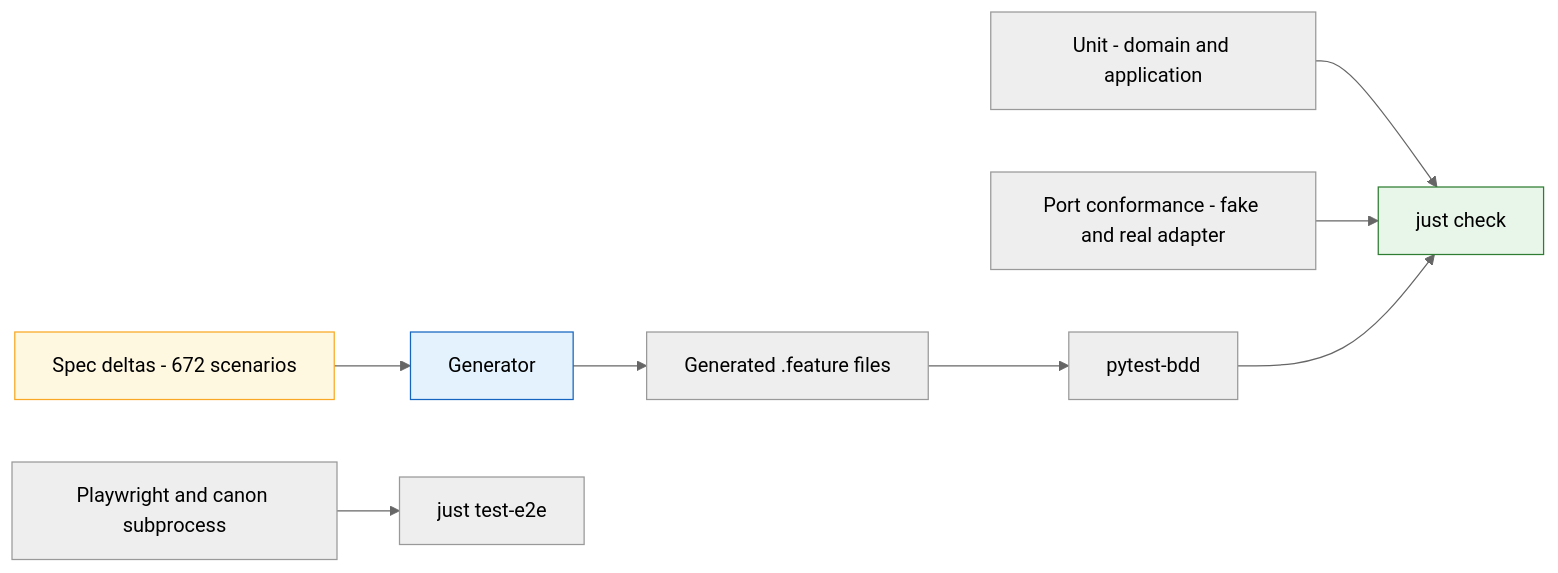
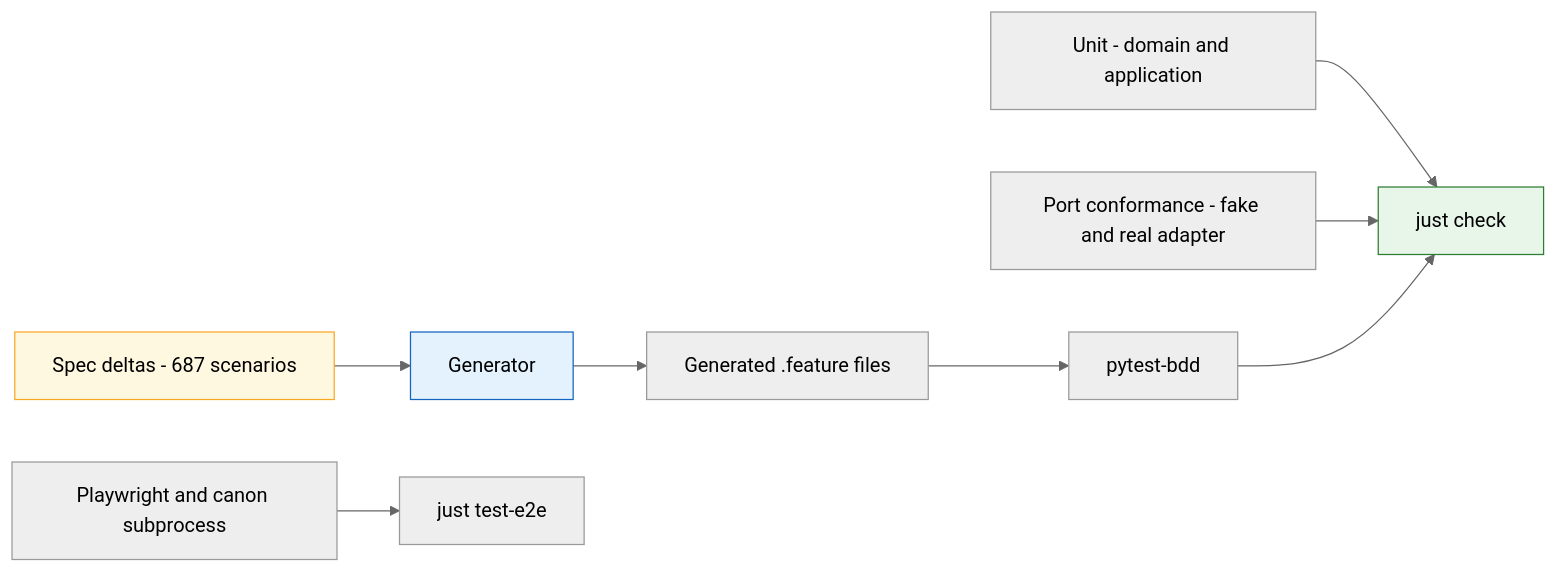
One commit to CyberdyneCorp/CyberCannon changed the ninth of 9 diagrams in README.md. Above: the diagram before and after it, drawn with Mermaid (neutral theme). The commit also changed 10 other files, not shown here.

````diff
--- a/README.md
+++ b/README.md
@@ -832,14 +832,14 @@
 ```mermaid
 graph LR
-    SPECS["Spec deltas - 672 scenarios"] --> GEN["Generator"]
+    SPECS["Spec deltas - 687 scenarios"] --> GEN["Generator"]
     GEN --> FEAT["Generated .feature files"]
     FEAT --> BDD["pytest-bdd"]
     UNIT["Unit - domain and application"] --> CHECK["just check"]
     CONF["Port conformance - fake and real adapter"] --> CHECK
     BDD --> CHECK
     E2E["Playwright and canon subprocess"] --> SEP["just test-e2e"]
 
     style SPECS fill:#FFF8E1,stroke:#F9A825
     style GEN fill:#E3F2FD,stroke:#1565C0
     style CHECK fill:#E8F5E9,stroke:#2E7D32
 ```
````
